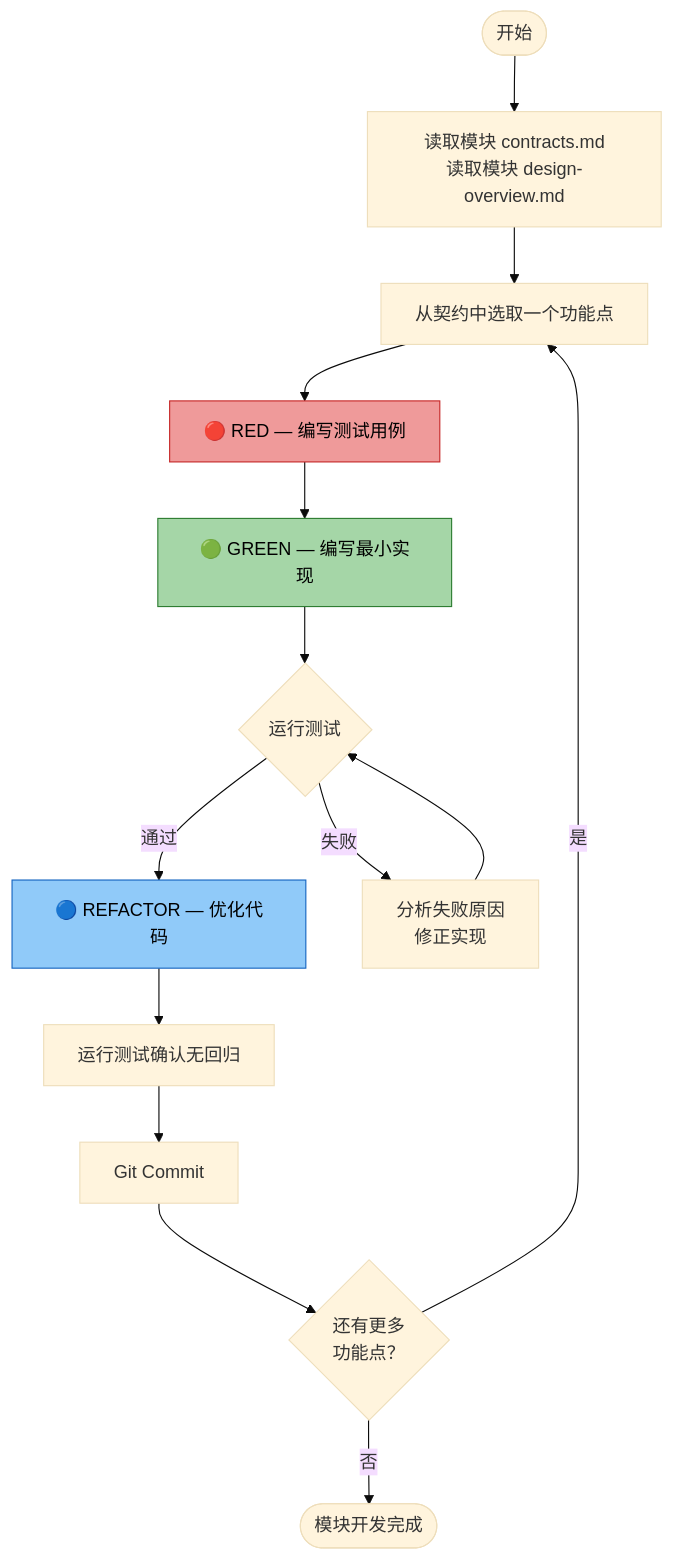
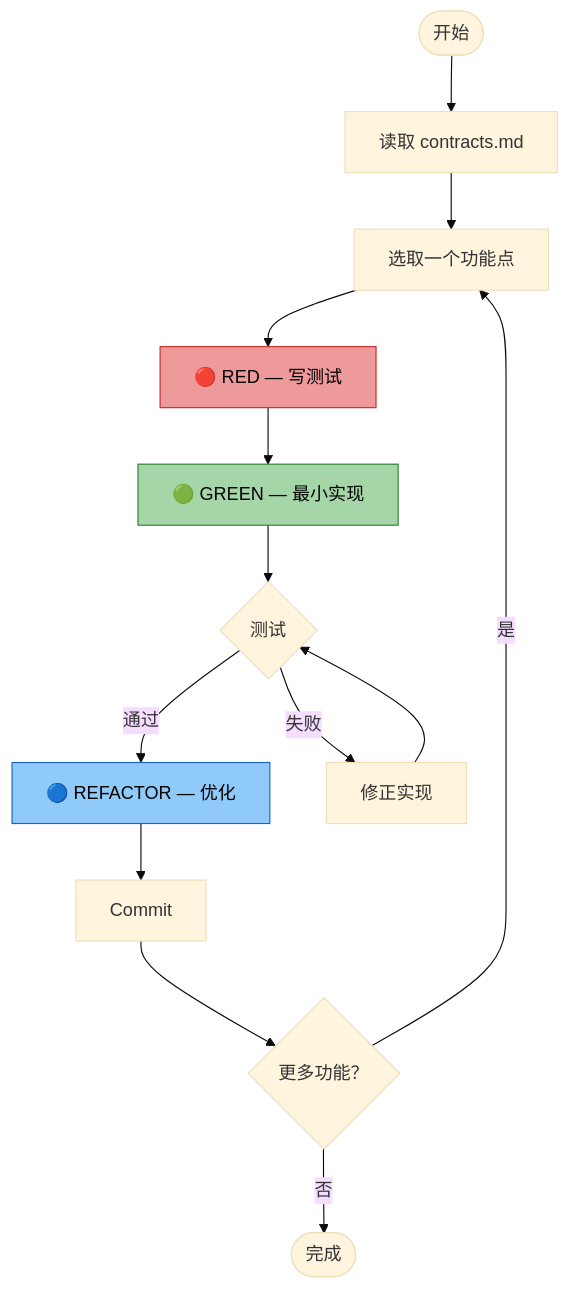
The tenth of 13 diagrams in docs/design-philosophy.md (strommmm/storms-claude-configuration), drawn with Mermaid (base theme) before and after one commit. The commit also changed other lines of this file, not shown here.

````diff
--- a/docs/design-philosophy.md
+++ b/docs/design-philosophy.md
@@ -421,24 +339,23 @@
 ```mermaid
 graph TD
-    start(["开始"]) --> read["读取模块 contracts.md<br/>读取模块 design-overview.md"]
-    read --> pick["从契约中选取一个功能点"]
+    start(["开始"]) --> read["读取 contracts.md"]
+    read --> pick["选取一个功能点"]
 
-    pick --> red["🔴 RED — 编写测试用例"]:::red
-    red --> green["🟢 GREEN — 编写最小实现"]:::tgreen
-    green --> run{"运行测试"}
+    pick --> red["🔴 RED — 写测试"]:::red
+    red --> green["🟢 GREEN — 最小实现"]:::tgreen
+    green --> run{"测试"}
 
-    run -- "通过" --> refactor["🔵 REFACTOR — 优化代码"]:::tblue
-    refactor --> verify["运行测试确认无回归"]
-    verify --> commit["Git Commit"]
-    commit --> more{"还有更多<br/>功能点？"}
+    run -- "通过" --> refactor["🔵 REFACTOR — 优化"]:::tblue
+    refactor --> commit["Commit"]
+    commit --> more{"更多功能？"}
 
-    run -- "失败" --> fix["分析失败原因<br/>修正实现"]
+    run -- "失败" --> fix["修正实现"]
     fix --> run
 
     more -- "是" --> pick
-    more -- "否" --> done(["模块开发完成"])
+    more -- "否" --> done(["完成"])
 
     classDef red fill:#EF9A9A,stroke:#C62828,color:#000
     classDef tgreen fill:#A5D6A7,stroke:#2E7D32,color:#000
     classDef tblue fill:#90CAF9,stroke:#1565C0,color:#000
 ```
````
